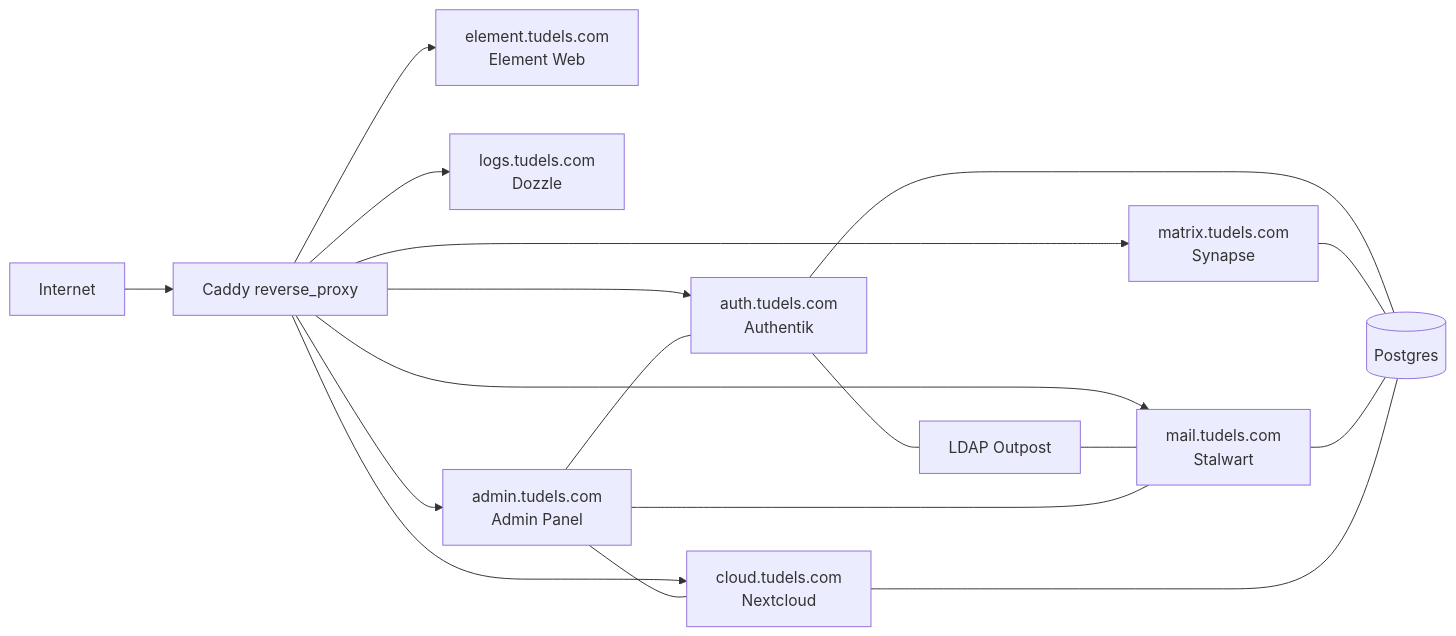
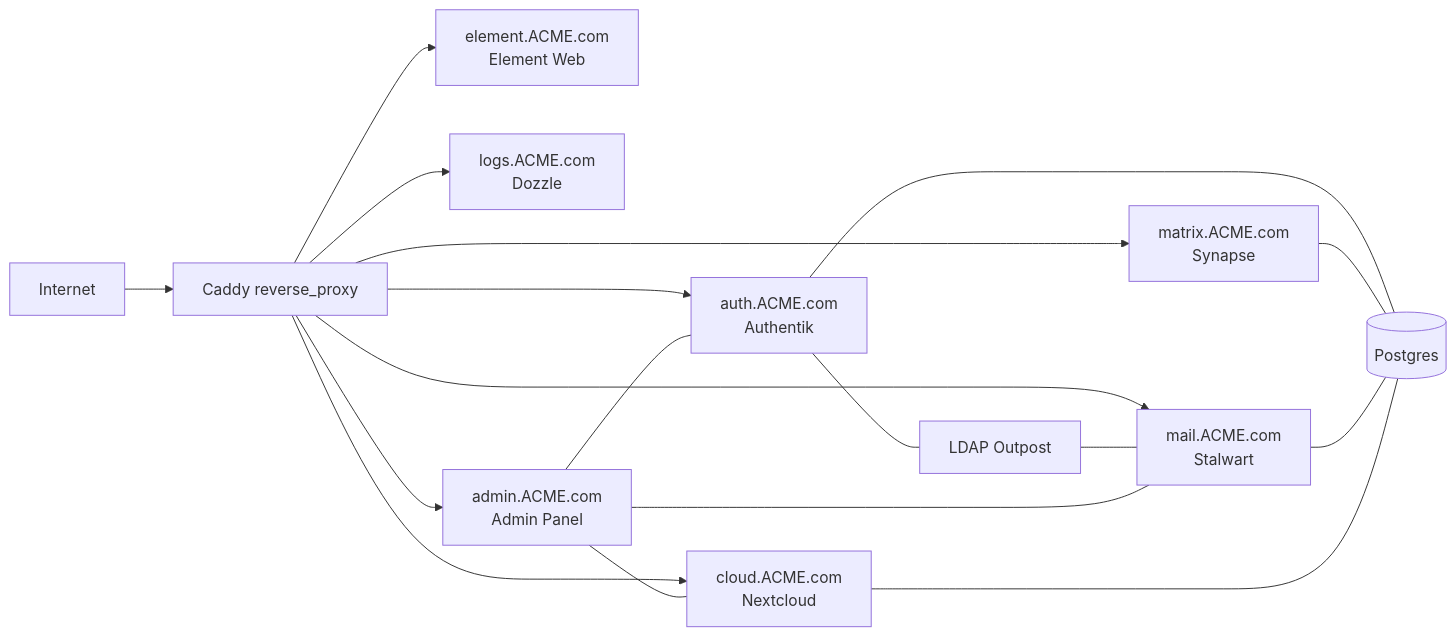
Before and after one commit to chrishenschel/kmu-server: the diagram in README.md, drawn with Mermaid.

````diff
--- a/README.md
+++ b/README.md
@@ -26,24 +26,24 @@
 ```mermaid
 flowchart LR
   Internet --> CaddyProxy[Caddy reverse_proxy]
 
-  CaddyProxy --> Auth[auth.tudels.com\nAuthentik]
-  CaddyProxy --> Cloud[cloud.tudels.com\nNextcloud]
-  CaddyProxy --> Matrix[matrix.tudels.com\nSynapse]
-  CaddyProxy --> Element[element.tudels.com\nElement Web]
-  CaddyProxy --> Mail[mail.tudels.com\nStalwart]
-  CaddyProxy --> Logs[logs.tudels.com\nDozzle]
-  CaddyProxy --> Admin[admin.tudels.com\nAdmin Panel]
+  CaddyProxy --> Auth[auth.ACME.com\nAuthentik]
+  CaddyProxy --> Cloud[cloud.ACME.com\nNextcloud]
+  CaddyProxy --> Matrix[matrix.ACME.com\nSynapse]
+  CaddyProxy --> Element[element.ACME.com\nElement Web]
+  CaddyProxy --> Mail[mail.ACME.com\nStalwart]
+  CaddyProxy --> Logs[logs.ACME.com\nDozzle]
+  CaddyProxy --> Admin[admin.ACME.com\nAdmin Panel]
 
   Auth --- PG[(Postgres)]
   Matrix --- PG
   Mail --- PG
   Cloud --- PG
 
   Auth --- LDAPOutpost[LDAP Outpost]
   LDAPOutpost --- Mail
 
   Admin --- Auth
   Admin --- Mail
   Admin --- Cloud
 ```
````
